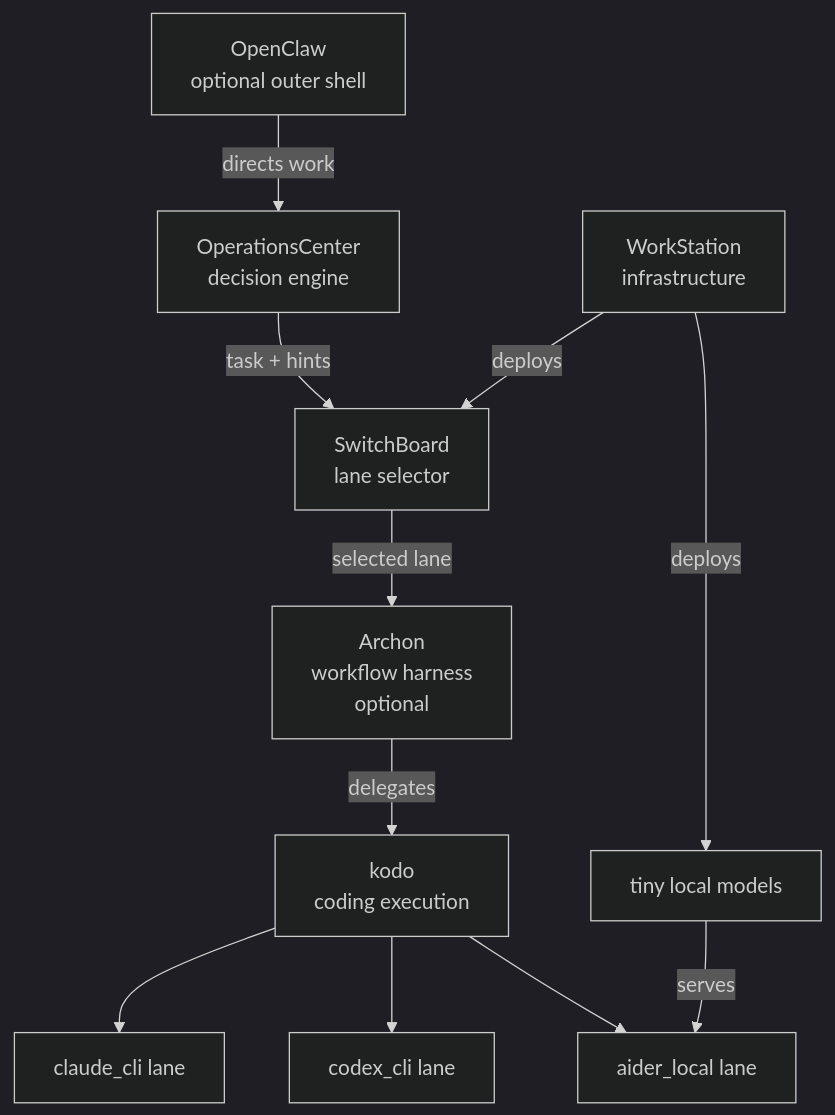
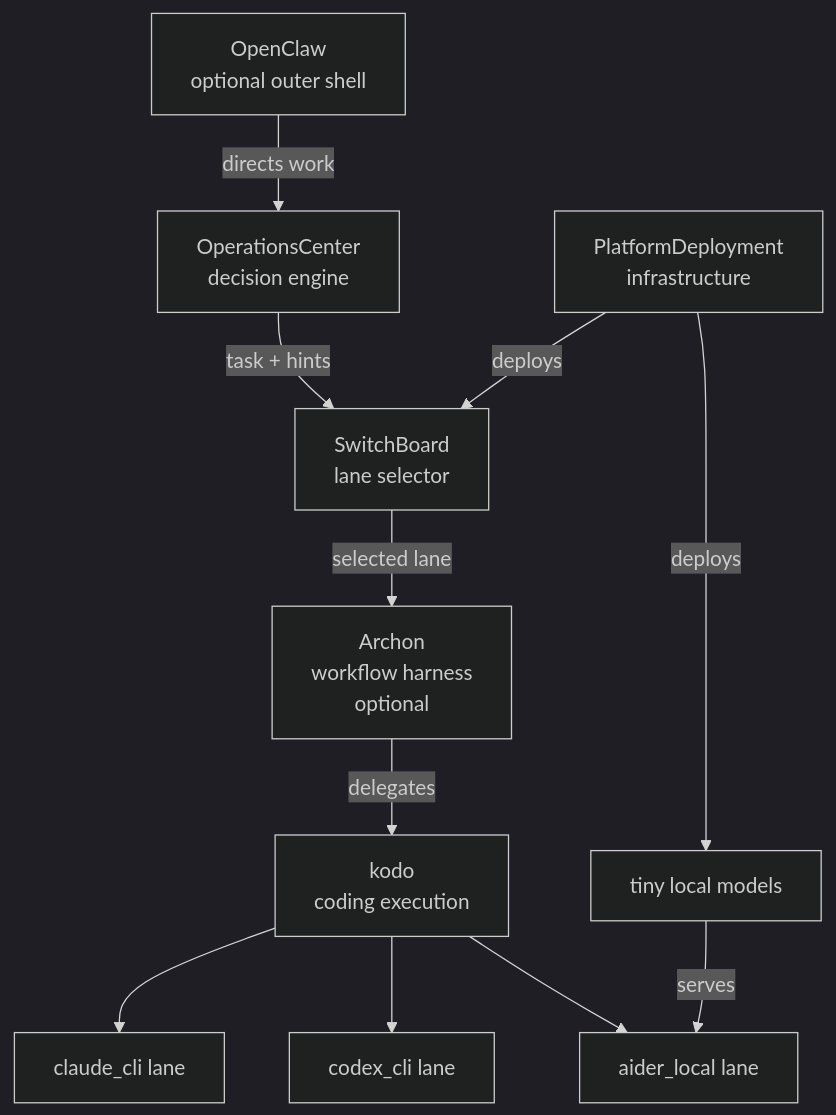
The diagram in docs/architecture/system/system_overview.md (ProtocolWarden/WorkStation), drawn with Mermaid (dark theme) before and after one commit. The commit also changed other lines of this file and 85 other files, not shown here.

Commit message:
Rename WorkStation surfaces to PlatformDeployment

````diff
--- a/docs/architecture/system/system_overview.md
+++ b/docs/architecture/system/system_overview.md
@@ -148,24 +148,24 @@
 ```mermaid
 graph TD
     OC[OpenClaw<br/>optional outer shell]
     CP[OperationsCenter<br/>decision engine]
     SB[SwitchBoard<br/>lane selector]
     AR[Archon<br/>workflow harness<br/>optional]
     KD[kodo<br/>coding execution]
     CC[claude_cli lane]
     CX[codex_cli lane]
     AL[aider_local lane]
-    WS[WorkStation<br/>infrastructure]
+    WS[PlatformDeployment<br/>infrastructure]
     TM[tiny local models]
 
     OC -->|directs work| CP
     CP -->|task + hints| SB
     SB -->|selected lane| AR
     AR -->|delegates| KD
     KD --> CC
     KD --> CX
     KD --> AL
     WS -->|deploys| SB
     WS -->|deploys| TM
     TM -->|serves| AL
 ```
````
